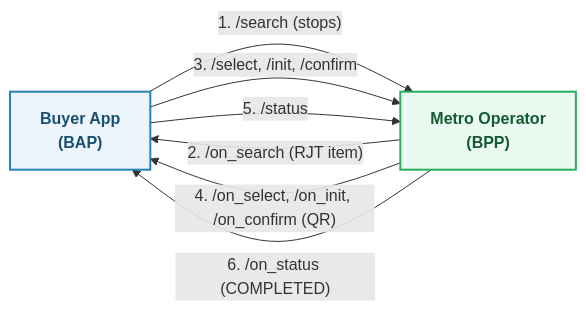
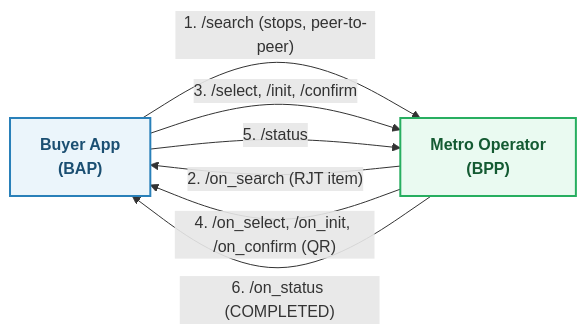
One commit to ONDC-Official/automation-specifications changed the third of 9 diagrams in config/docs/metro.md. Above: the diagram before and after it, drawn with Mermaid. The commit also changed other lines of this file and 24 other files, not shown here.

````diff
--- a/config/docs/metro.md
+++ b/config/docs/metro.md
@@ -287,15 +287,15 @@
 ```mermaid
 flowchart LR
     classDef client fill:#EBF5FB,stroke:#2980B9,stroke-width:2px,color:#1B4F72,font-weight:bold;
     classDef provider fill:#EAFAF1,stroke:#27AE60,stroke-width:2px,color:#145A32,font-weight:bold;
 
     BAP["Buyer App<br/>(BAP)"]:::client
     BPP["Metro Operator<br/>(BPP)"]:::provider
 
-    BAP -->|"1. /search (stops)"| BPP
+    BAP -->|"1. /search (stops, peer-to-peer)"| BPP
     BPP -->|"2. /on_search (RJT item)"| BAP
     BAP -->|"3. /select, /init, /confirm"| BPP
     BPP -->|"4. /on_select, /on_init, /on_confirm (QR)"| BAP
     BAP -->|"5. /status"| BPP
     BPP -->|"6. /on_status (COMPLETED)"| BAP
 ```
````
